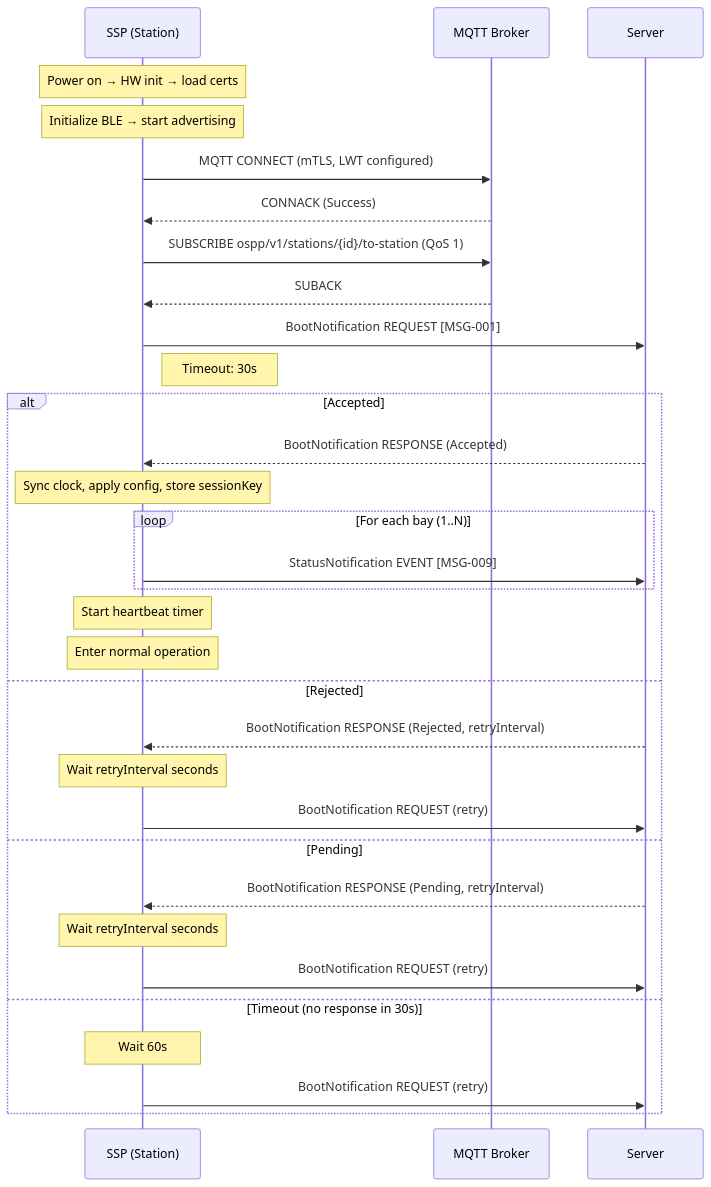
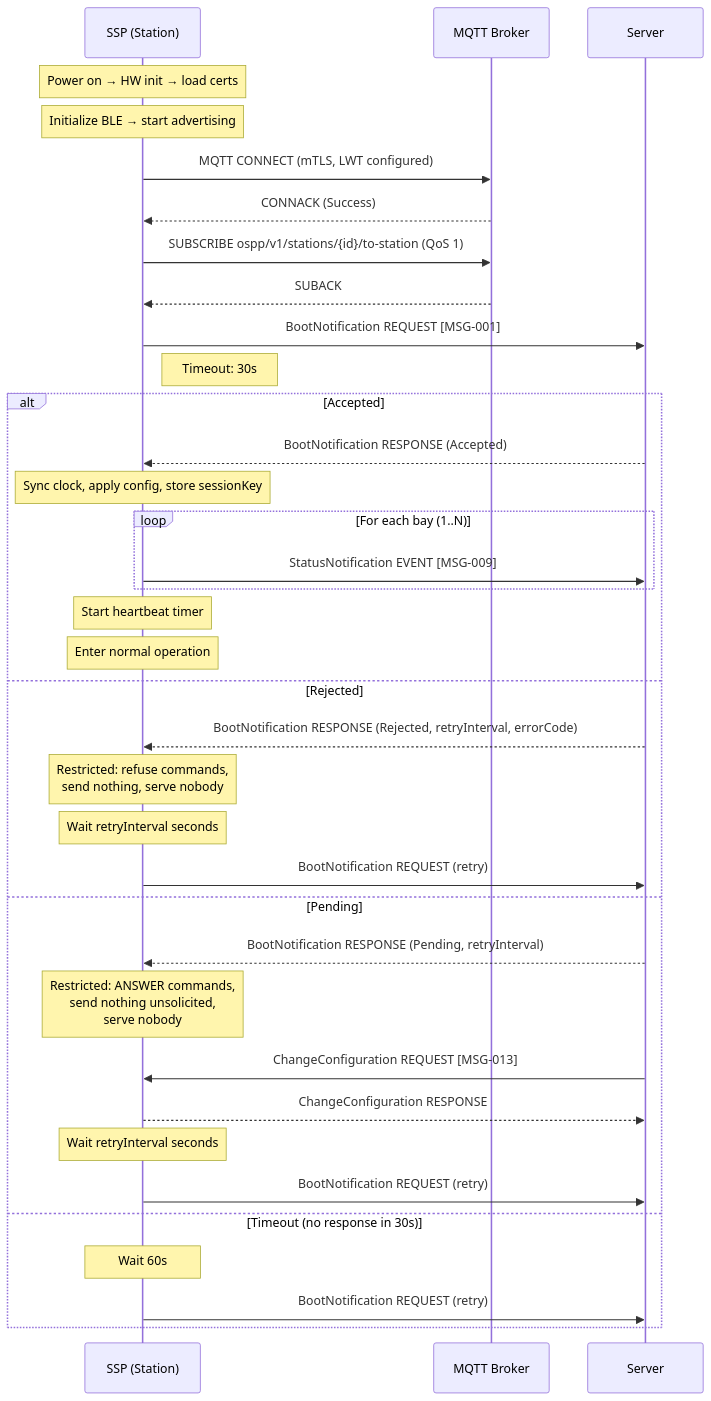
Before and after one commit to ospp-org/spec: the first of 19 diagrams in spec/04-flows.md, drawn with Mermaid. The commit also changed other lines of this file and 25 other files, not shown here.

````diff
--- a/spec/04-flows.md
+++ b/spec/04-flows.md
@@ -96,43 +96,47 @@
 ```mermaid
 sequenceDiagram
     participant SSP as SSP (Station)
     participant Broker as MQTT Broker
     participant Server
 
     Note over SSP: Power on → HW init → load certs
     Note over SSP: Initialize BLE → start advertising
 
     SSP->>Broker: MQTT CONNECT (mTLS, LWT configured)
     Broker-->>SSP: CONNACK (Success)
     SSP->>Broker: SUBSCRIBE ospp/v1/stations/{id}/to-station (QoS 1)
     Broker-->>SSP: SUBACK
 
     SSP->>Server: BootNotification REQUEST [MSG-001]
     Note right of SSP: Timeout: 30s
 
     alt Accepted
         Server-->>SSP: BootNotification RESPONSE (Accepted)
         Note over SSP: Sync clock, apply config, store sessionKey
 
         loop For each bay (1..N)
             SSP->>Server: StatusNotification EVENT [MSG-009]
         end
 
         Note over SSP: Start heartbeat timer
         Note over SSP: Enter normal operation
 
     else Rejected
-        Server-->>SSP: BootNotification RESPONSE (Rejected, retryInterval)
+        Server-->>SSP: BootNotification RESPONSE (Rejected, retryInterval, errorCode)
+        Note over SSP: Restricted: refuse commands,<br/>send nothing, serve nobody
         Note over SSP: Wait retryInterval seconds
         SSP->>Server: BootNotification REQUEST (retry)
 
     else Pending
         Server-->>SSP: BootNotification RESPONSE (Pending, retryInterval)
+        Note over SSP: Restricted: ANSWER commands,<br/>send nothing unsolicited,<br/>serve nobody
+        Server->>SSP: ChangeConfiguration REQUEST [MSG-013]
+        SSP-->>Server: ChangeConfiguration RESPONSE
         Note over SSP: Wait retryInterval seconds
         SSP->>Server: BootNotification REQUEST (retry)
 
     else Timeout (no response in 30s)
         Note over SSP: Wait 60s
         SSP->>Server: BootNotification REQUEST (retry)
     end
 ```
````
